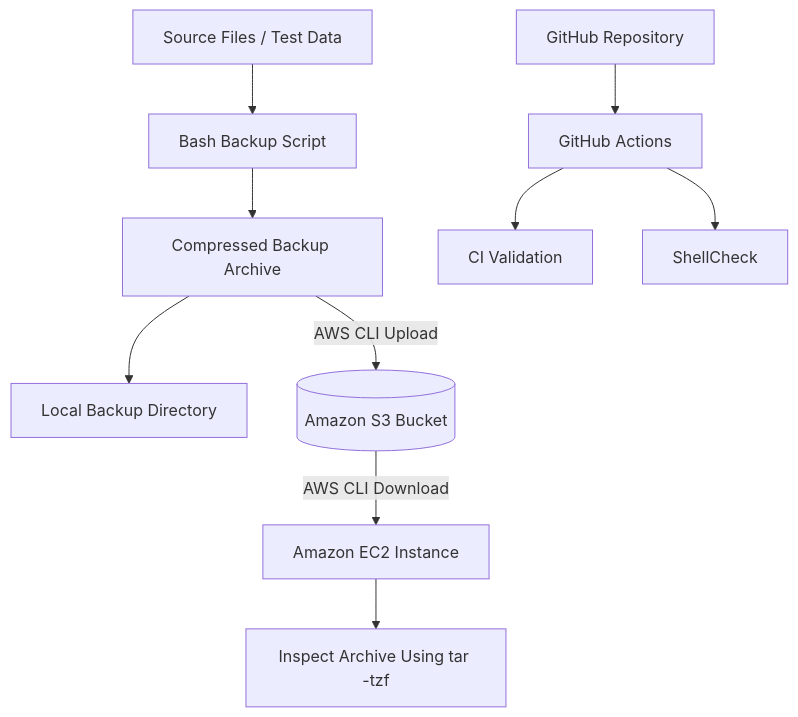
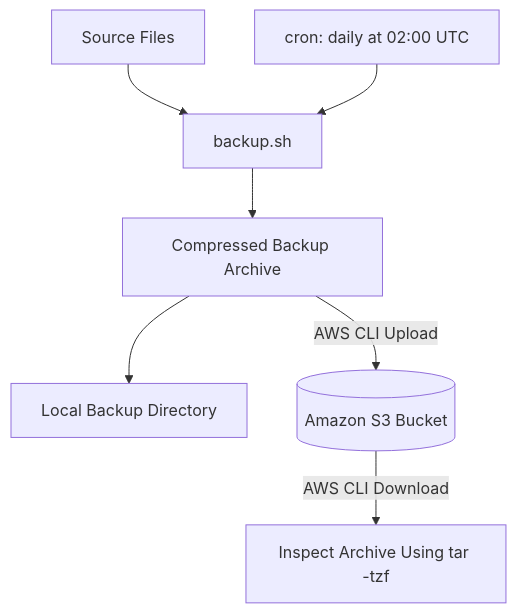
The first of 2 diagrams in README.md (srushtirevoor99-beep/cloudops-toolkit), drawn with Mermaid before and after one commit. The commit also changed other lines of this file, not shown here.

````diff
--- a/README.md
+++ b/README.md
@@ -46,13 +51,9 @@
 ```mermaid
 flowchart TD
-    A["Source Files / Test Data"] --> B["Bash Backup Script"]
+    A["Source Files"] --> B["backup.sh"]
+    K["cron: daily at 02:00 UTC"] --> B
     B --> C["Compressed Backup Archive"]
     C --> D["Local Backup Directory"]
     C -->|AWS CLI Upload| E[("Amazon S3 Bucket")]
-    E -->|AWS CLI Download| F["Amazon EC2 Instance"]
-    F --> G["Inspect Archive Using tar -tzf"]
-
-    H["GitHub Repository"] --> I["GitHub Actions"]
-    I --> J["CI Validation"]
-    I --> K["ShellCheck"]
+    E -->|AWS CLI Download| F["Inspect Archive Using tar -tzf"]
 ```
````
